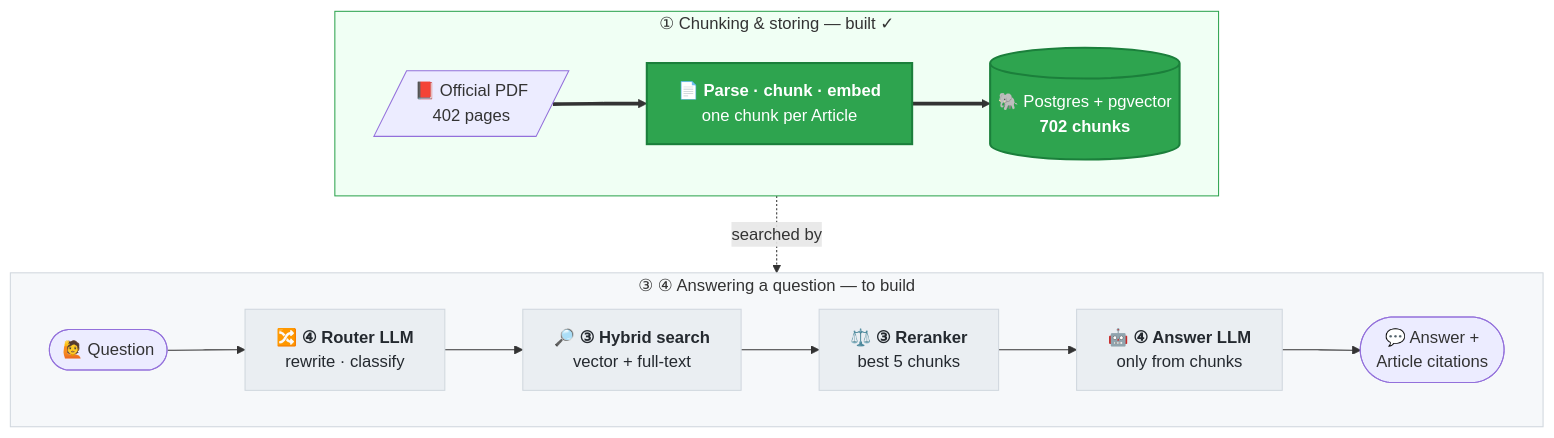
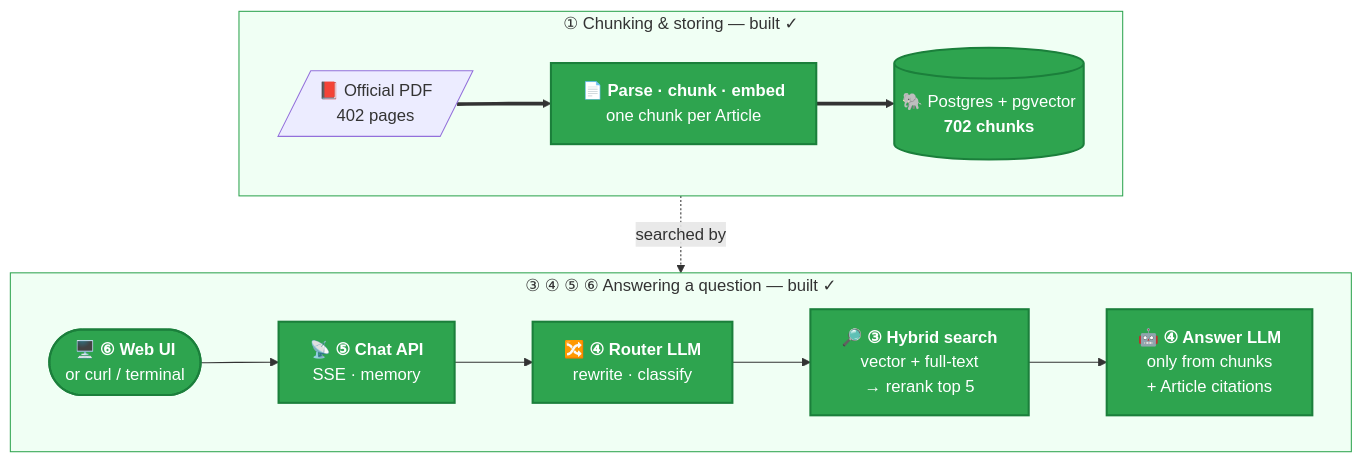
Before and after one commit to sshubham07/anuchhed-ai: the diagram in docs/diagrams/big-picture.mmd, drawn with Mermaid. The commit also changed 14 other files, not shown here.

First line of the commit message:
docs(readme): uniform diagram sizes and a web UI section

```diff
--- a/docs/diagrams/big-picture.mmd
+++ b/docs/diagrams/big-picture.mmd
@@ -1,14 +1,13 @@
 flowchart TB
     subgraph ING ["① Chunking & storing — built ✓"]
         direction LR
         PDF[/"📕 Official PDF<br/>402 pages"/] ==> CH["📄 <b>Parse · chunk · embed</b><br/>one chunk per Article"]:::done ==> DB[("🐘 Postgres + pgvector<br/><b>702 chunks</b>")]:::done
     end
-    subgraph ASK ["③ ④ Answering a question — to build"]
+    subgraph ASK ["③ ④ ⑤ ⑥ Answering a question — built ✓"]
         direction LR
-        Q(["🙋 Question"]) --> R["🔀 <b>④ Router LLM</b><br/>rewrite · classify"]:::todo --> S["🔎 <b>③ Hybrid search</b><br/>vector + full-text"]:::todo --> RR["⚖️ <b>③ Reranker</b><br/>best 5 chunks"]:::todo --> A["🤖 <b>④ Answer LLM</b><br/>only from chunks"]:::todo --> C(["💬 Answer +<br/>Article citations"])
+        UI(["🖥️ <b>⑥ Web UI</b><br/>or curl / terminal"]):::done --> API["📡 <b>⑤ Chat API</b><br/>SSE · memory"]:::done --> R["🔀 <b>④ Router LLM</b><br/>rewrite · classify"]:::done --> S["🔎 <b>③ Hybrid search</b><br/>vector + full-text<br/>→ rerank top 5"]:::done --> A["🤖 <b>④ Answer LLM</b><br/>only from chunks<br/>+ Article citations"]:::done
     end
     ING -.->|"searched by"| ASK
     classDef done fill:#2ea44f,color:#fff,stroke:#1b7f3b,stroke-width:2px
-    classDef todo fill:#eaeef2,color:#24292f,stroke:#d0d7de
     style ING fill:#f0fff4,stroke:#2ea44f
-    style ASK fill:#f6f8fa,stroke:#d0d7de
+    style ASK fill:#f0fff4,stroke:#2ea44f
```
